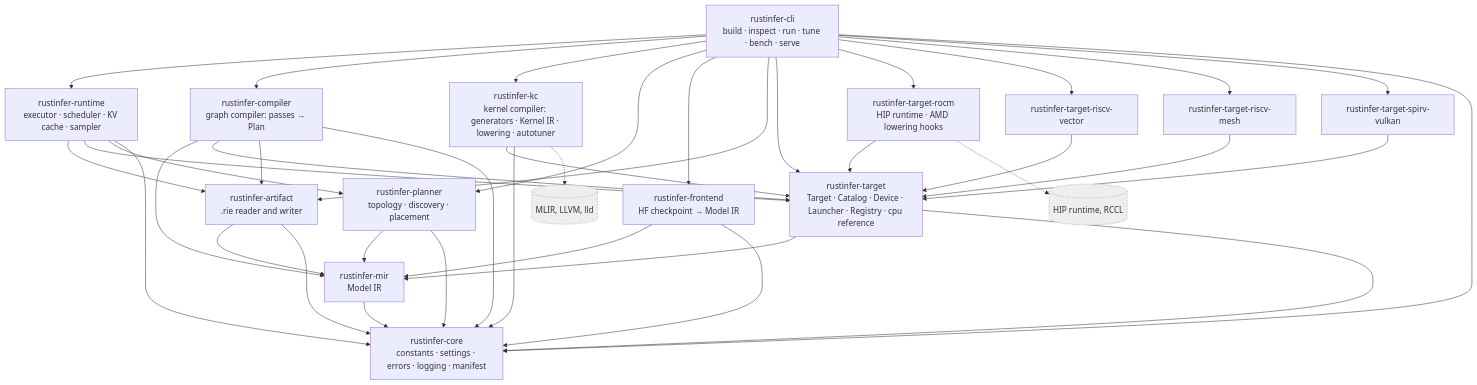
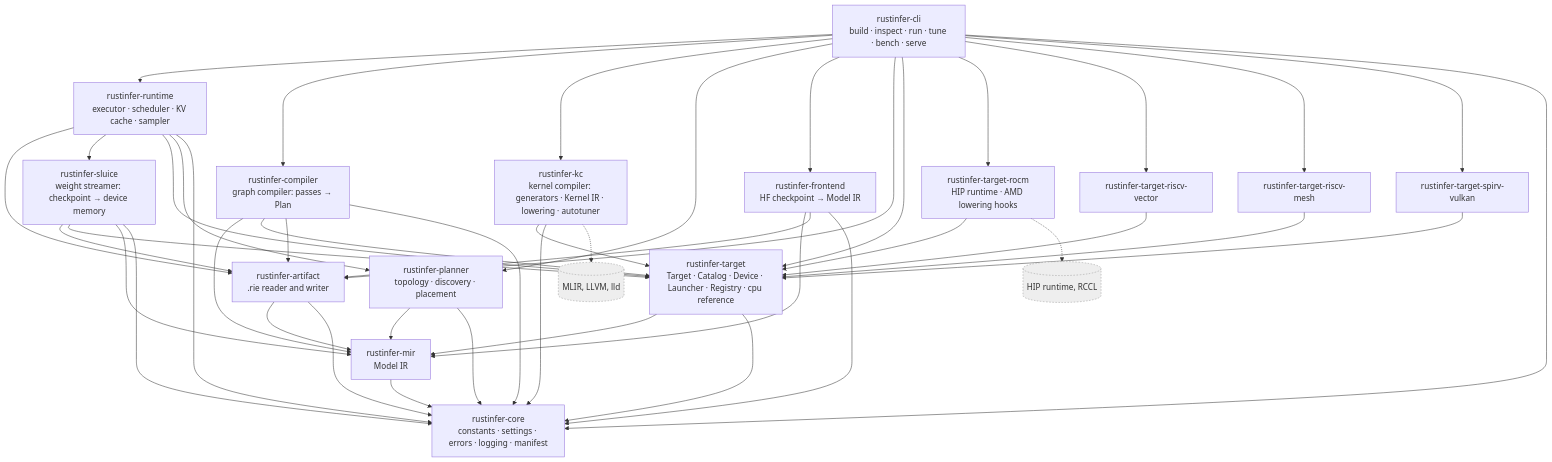
One commit to itej89/rustinfer-docs changed the first of 24 diagrams in content/design-diagrams.md. Above: the diagram before and after it, drawn with Mermaid. The commit also changed other lines of this file and 19 other files, not shown here.

````diff
--- a/content/design-diagrams.md
+++ b/content/design-diagrams.md
@@ -24,59 +24,66 @@
 ```mermaid
 graph TD
     CLI[rustinfer-cli<br/>build · inspect · run · tune · bench · serve]
     RT[rustinfer-runtime<br/>executor · scheduler · KV cache · sampler]
     GC[rustinfer-compiler<br/>graph compiler: passes → Plan]
     KC[rustinfer-kc<br/>kernel compiler: generators · Kernel IR · lowering · autotuner]
     PLN[rustinfer-planner<br/>topology · discovery · placement]
     FE[rustinfer-frontend<br/>HF checkpoint → Model IR]
     ART[rustinfer-artifact<br/>.rie reader and writer]
+    SL[rustinfer-sluice<br/>weight streamer: checkpoint → device memory]
     TGT[rustinfer-target<br/>Target · Catalog · Device · Launcher · Registry · cpu reference]
     ROCM[rustinfer-target-rocm<br/>HIP runtime · AMD lowering hooks]
     RVV[rustinfer-target-riscv-vector]
     MESH[rustinfer-target-riscv-mesh]
     SPV[rustinfer-target-spirv-vulkan]
     MIR[rustinfer-mir<br/>Model IR]
     CORE[rustinfer-core<br/>constants · settings · errors · logging · manifest]
 
     CLI --> RT
     CLI --> GC
     CLI --> KC
     CLI --> PLN
     CLI --> FE
     CLI --> ART
     CLI --> TGT
     CLI --> ROCM
     CLI --> RVV
     CLI --> MESH
     CLI --> SPV
     RT --> ART
+    RT --> SL
+    SL --> ART
+    SL --> TGT
+    SL --> MIR
+    SL --> CORE
     RT --> TGT
     RT --> PLN
     GC --> MIR
     GC --> TGT
     GC --> ART
     KC --> TGT
     PLN --> MIR
     FE --> MIR
+    FE --> ART
     ART --> MIR
     TGT --> MIR
     ROCM --> TGT
     RVV --> TGT
     MESH --> TGT
     SPV --> TGT
     MIR --> CORE
     TGT --> CORE
     KC --> CORE
     PLN --> CORE
     ART --> CORE
     FE --> CORE
     RT --> CORE
     GC --> CORE
     CLI --> CORE
 
     HIP[(HIP runtime, RCCL)]:::ext
     MLIR[(MLIR, LLVM, lld)]:::ext
     ROCM -.-> HIP
     KC -.-> MLIR
     classDef ext fill:#eee,stroke:#999,stroke-dasharray: 3 3
 ```
````
